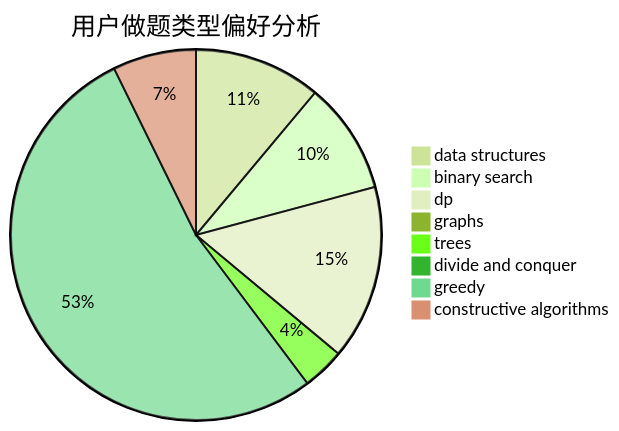
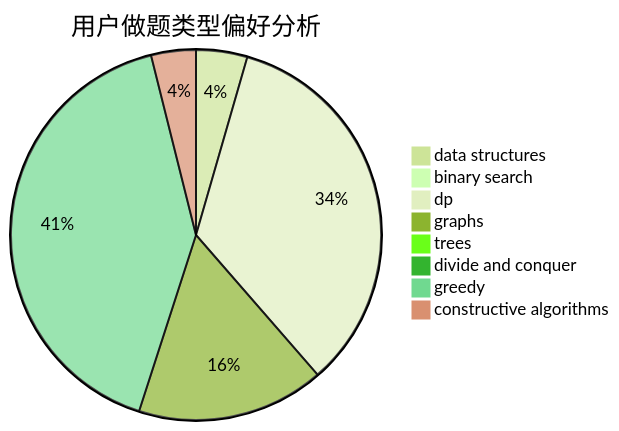
One commit to sherpahu/cfrs.github.io changed the second of 3 diagrams in docs/user/u1434.md. Above: the diagram before and after it, drawn with Mermaid (forest theme). The commit also changed other lines of this file and 2770 other files, not shown here.

````diff
--- a/docs/user/u1434.md
+++ b/docs/user/u1434.md
@@ -23,11 +23,11 @@
 ```mermaid
 pie title 用户做题类型偏好分析
-    "data structures" :  99
-    "binary search" :  87
-    "dp" :  136
-    "graphs" :  0
-    "trees" :  33
-    "divide and conquer" :  0
-    "greedy" :  473
-    "constructive algorithms" :  65
+    "data structures" :  71
+    "binary search" :  12
+    "dp" :  542
+    "graphs" :  260
+    "trees" :  1
+    "divide and conquer" :  2
+    "greedy" :  653
+    "constructive algorithms" :  62
 ```
````
